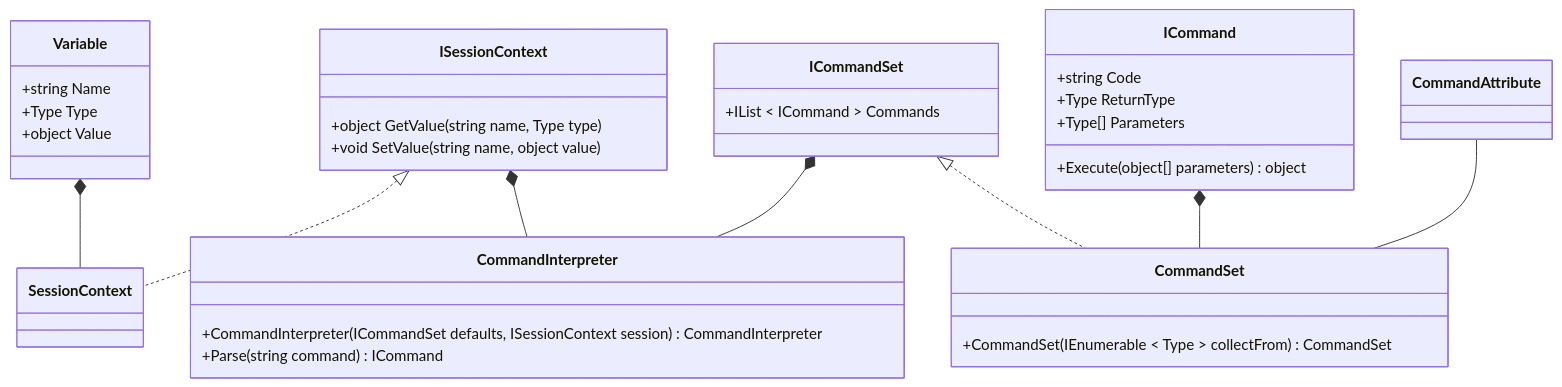
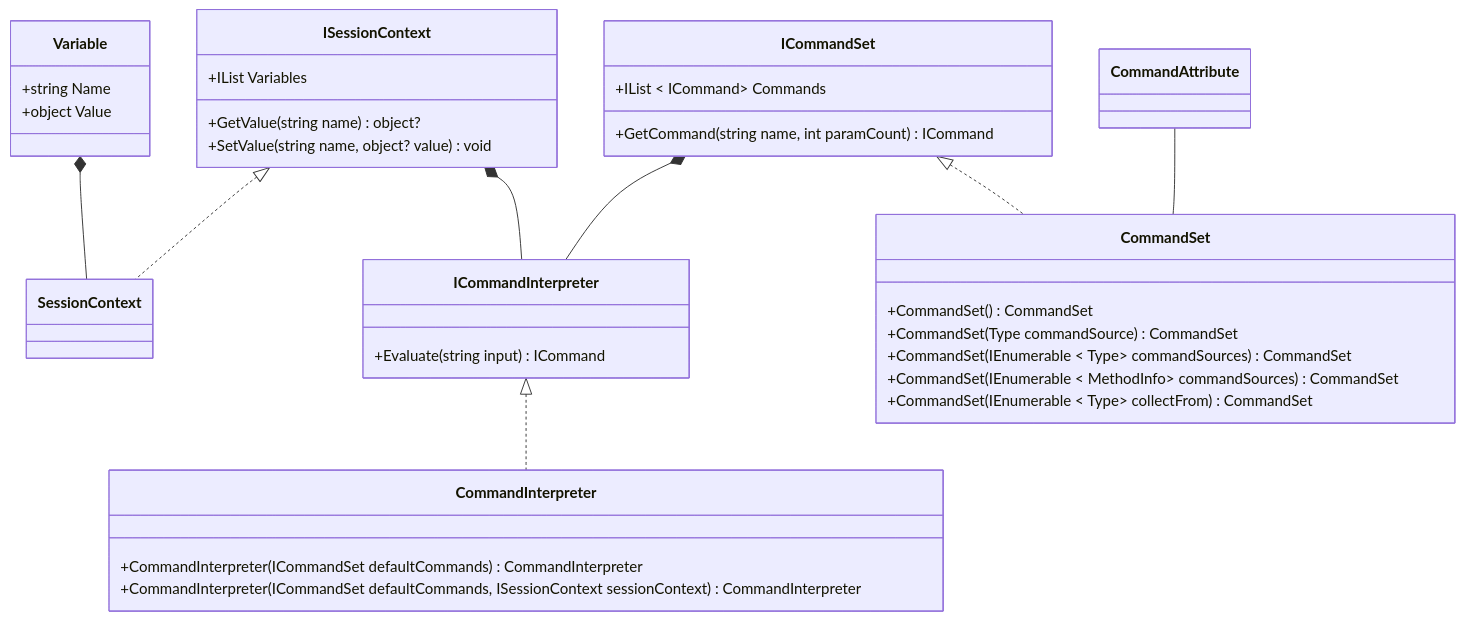
Before and after one commit to GSR-Os76/Intrinsic-Chainable: the first of 3 diagrams in Command Runner/class_diagram.md, drawn with Mermaid. The commit also changed other lines of this file and 22 other files, not shown here.

````diff
--- a/Command Runner/class_diagram.md
+++ b/Command Runner/class_diagram.md
@@ -1,67 +3,67 @@
 ```mermaid
 classDiagram
 
     
     class Variable{
         +string Name
-        +Type Type
         +object Value
     }
 
     
     
     class ISessionContext{
-        +object GetValue(string name, Type type)
-        +void SetValue(string name, object value)
+        +IList<Variable> Variables
+
+        +GetValue(string name) object? 
+        +SetValue(string name, object? value) void 
     }
 
     class SessionContext{
 
     }
     ISessionContext <|.. SessionContext
     Variable *-- SessionContext
 
 
 
+    class ICommandInterpreter{
+        +Evaluate(string input) ICommand
+    }
+    ISessionContext *-- ICommandInterpreter
+    ICommandSet *-- ICommandInterpreter
+
     class CommandInterpreter{
-        +CommandInterpreter(ICommandSet defaults, ISessionContext session) CommandInterpreter
+        +CommandInterpreter(ICommandSet defaultCommands) CommandInterpreter
 
-        +Parse(string command) ICommand
+        +CommandInterpreter(ICommandSet defaultCommands, ISessionContext sessionContext) CommandInterpreter
+      
     }
-    ISessionContext *-- CommandInterpreter
-    ICommandSet *-- CommandInterpreter
+    ICommandInterpreter <|.. CommandInterpreter
+    
     
 
 
     class ICommandSet{
-        +IList &lt; ICommand &gt; Commands
+
+        +GetCommand(string name, int paramCount) ICommand
+        +IList &lt ICommand> Commands
     }
 
     class CommandSet{
-        +CommandSet(IEnumerable &lt; Type &gt; collectFrom) CommandSet
+        +CommandSet() CommandSet
+        +CommandSet(Type commandSource) CommandSet
+        +CommandSet(IEnumerable &lt Type> commandSources) CommandSet
+        +CommandSet(IEnumerable &lt MethodInfo> commandSources) CommandSet
+
+        +CommandSet(IEnumerable &lt Type> collectFrom) CommandSet
     }
     ICommandSet <|.. CommandSet
 
-    ICommand *-- CommandSet
     CommandAttribute -- CommandSet
 
 
 
     class CommandAttribute{
 
     }
-
-    class ICommand{
-        +string Code
-
-        +Type ReturnType
-
-        +Type[] Parameters
-
-
-
-        +Execute(object[] parameters) object
-    }
-
-
 ```
````
